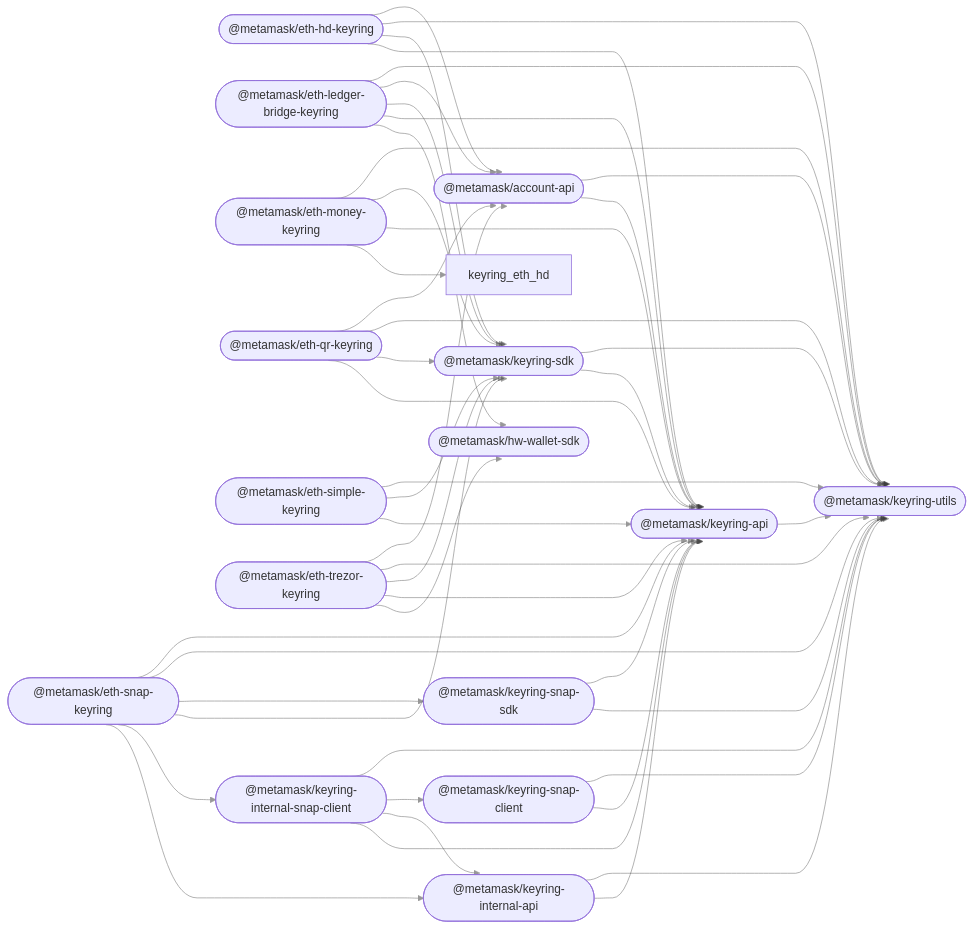
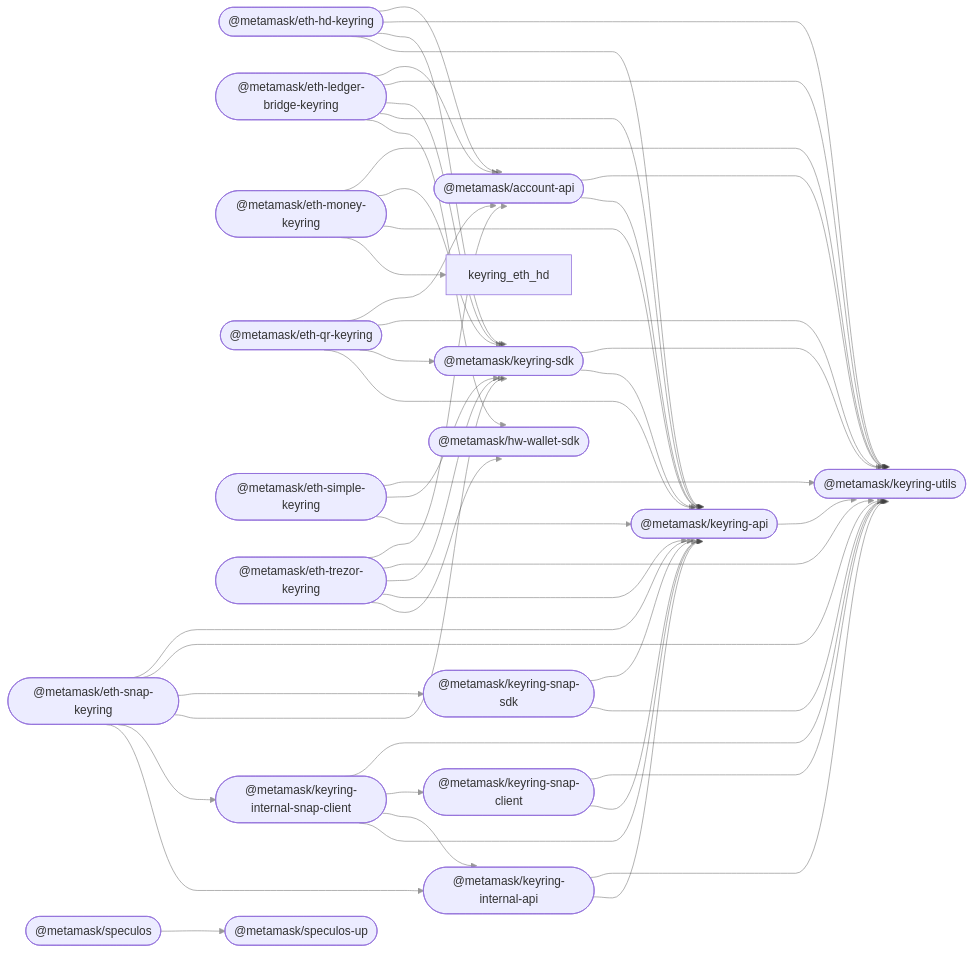
One commit to MetaMask/accounts changed the diagram in README.md. Above: the diagram before and after it, drawn with Mermaid. The commit also changed other lines of this file and 49 other files, not shown here.

First line of the commit message:
feat(speculos): add @metamask/speculos and @metamask/speculos-up packages

````diff
--- a/README.md
+++ b/README.md
@@ -44,67 +46,70 @@
 ```mermaid
 %%{ init: { 'flowchart': { 'curve': 'bumpX' } } }%%
 graph LR;
 linkStyle default opacity:0.5
   account_api(["@metamask/account-api"]);
   hw_wallet_sdk(["@metamask/hw-wallet-sdk"]);
   keyring_api(["@metamask/keyring-api"]);
   eth_hd_keyring(["@metamask/eth-hd-keyring"]);
   eth_ledger_bridge_keyring(["@metamask/eth-ledger-bridge-keyring"]);
   eth_money_keyring(["@metamask/eth-money-keyring"]);
   eth_qr_keyring(["@metamask/eth-qr-keyring"]);
   eth_simple_keyring(["@metamask/eth-simple-keyring"]);
   eth_trezor_keyring(["@metamask/eth-trezor-keyring"]);
   keyring_internal_api(["@metamask/keyring-internal-api"]);
   keyring_internal_snap_client(["@metamask/keyring-internal-snap-client"]);
   keyring_sdk(["@metamask/keyring-sdk"]);
   eth_snap_keyring(["@metamask/eth-snap-keyring"]);
   keyring_snap_client(["@metamask/keyring-snap-client"]);
   keyring_snap_sdk(["@metamask/keyring-snap-sdk"]);
   keyring_utils(["@metamask/keyring-utils"]);
+  speculos(["@metamask/speculos"]);
+  speculos_up(["@metamask/speculos-up"]);
   account_api --> keyring_api;
   account_api --> keyring_utils;
   keyring_api --> keyring_utils;
   eth_hd_keyring --> keyring_api;
   eth_hd_keyring --> keyring_sdk;
   eth_hd_keyring --> keyring_utils;
   eth_hd_keyring --> account_api;
   eth_ledger_bridge_keyring --> hw_wallet_sdk;
   eth_ledger_bridge_keyring --> keyring_api;
   eth_ledger_bridge_keyring --> keyring_sdk;
+  eth_ledger_bridge_keyring --> keyring_utils;
   eth_ledger_bridge_keyring --> account_api;
-  eth_ledger_bridge_keyring --> keyring_utils;
   eth_money_keyring --> keyring_eth_hd;
   eth_money_keyring --> keyring_api;
   eth_money_keyring --> keyring_sdk;
   eth_money_keyring --> keyring_utils;
   eth_qr_keyring --> keyring_api;
   eth_qr_keyring --> keyring_sdk;
   eth_qr_keyring --> keyring_utils;
   eth_qr_keyring --> account_api;
   eth_simple_keyring --> keyring_api;
   eth_simple_keyring --> keyring_sdk;
   eth_simple_keyring --> keyring_utils;
   eth_trezor_keyring --> hw_wallet_sdk;
   eth_trezor_keyring --> keyring_api;
   eth_trezor_keyring --> keyring_sdk;
   eth_trezor_keyring --> keyring_utils;
   eth_trezor_keyring --> account_api;
   keyring_internal_api --> keyring_api;
   keyring_internal_api --> keyring_utils;
   keyring_internal_snap_client --> keyring_api;
   keyring_internal_snap_client --> keyring_internal_api;
   keyring_internal_snap_client --> keyring_snap_client;
   keyring_internal_snap_client --> keyring_utils;
   keyring_sdk --> keyring_api;
   keyring_sdk --> keyring_utils;
   eth_snap_keyring --> keyring_internal_api;
   eth_snap_keyring --> keyring_internal_snap_client;
   eth_snap_keyring --> keyring_sdk;
   eth_snap_keyring --> keyring_snap_sdk;
   eth_snap_keyring --> keyring_utils;
   eth_snap_keyring --> keyring_api;
   keyring_snap_client --> keyring_api;
   keyring_snap_client --> keyring_utils;
   keyring_snap_sdk --> keyring_utils;
   keyring_snap_sdk --> keyring_api;
+  speculos --> speculos_up;
 ```
````
